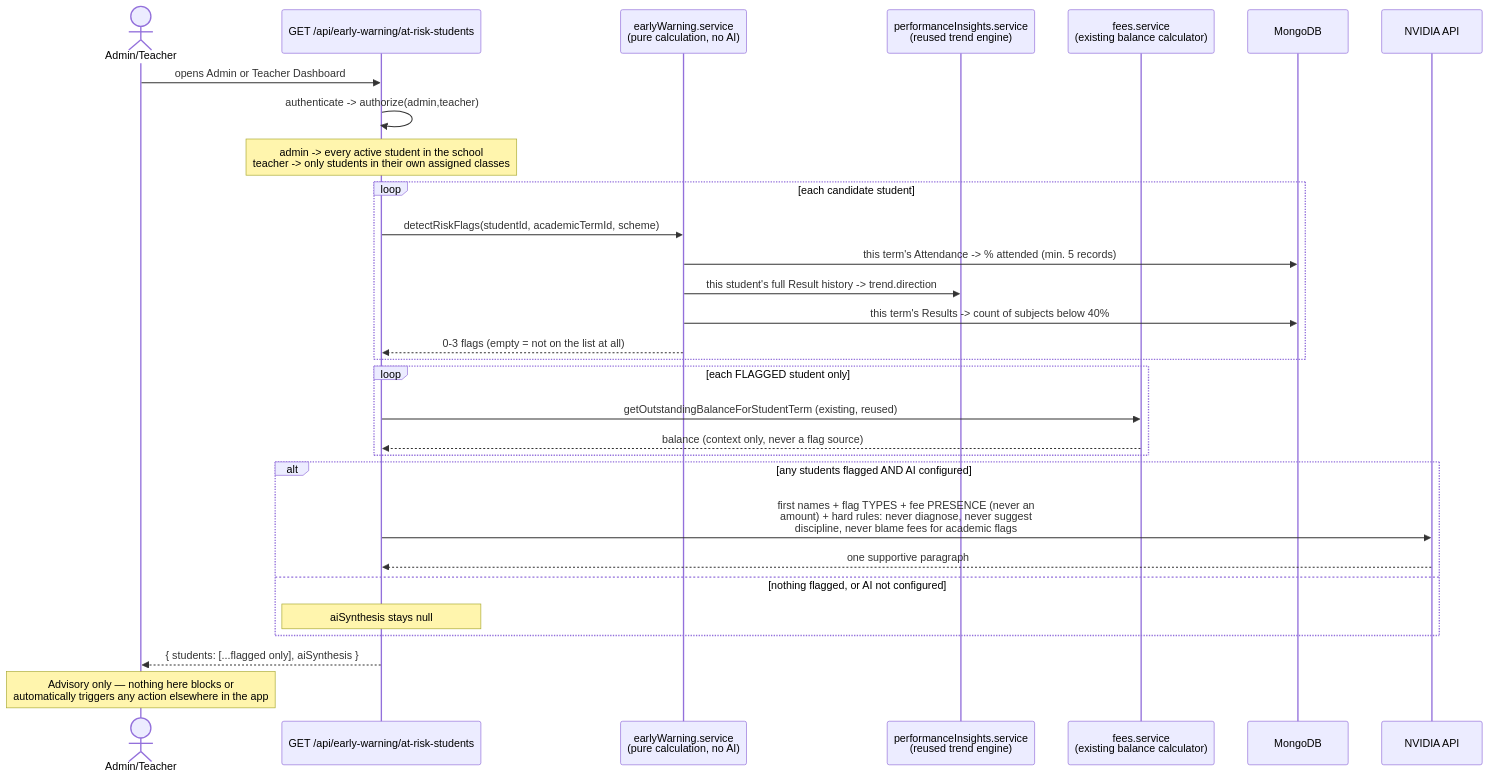
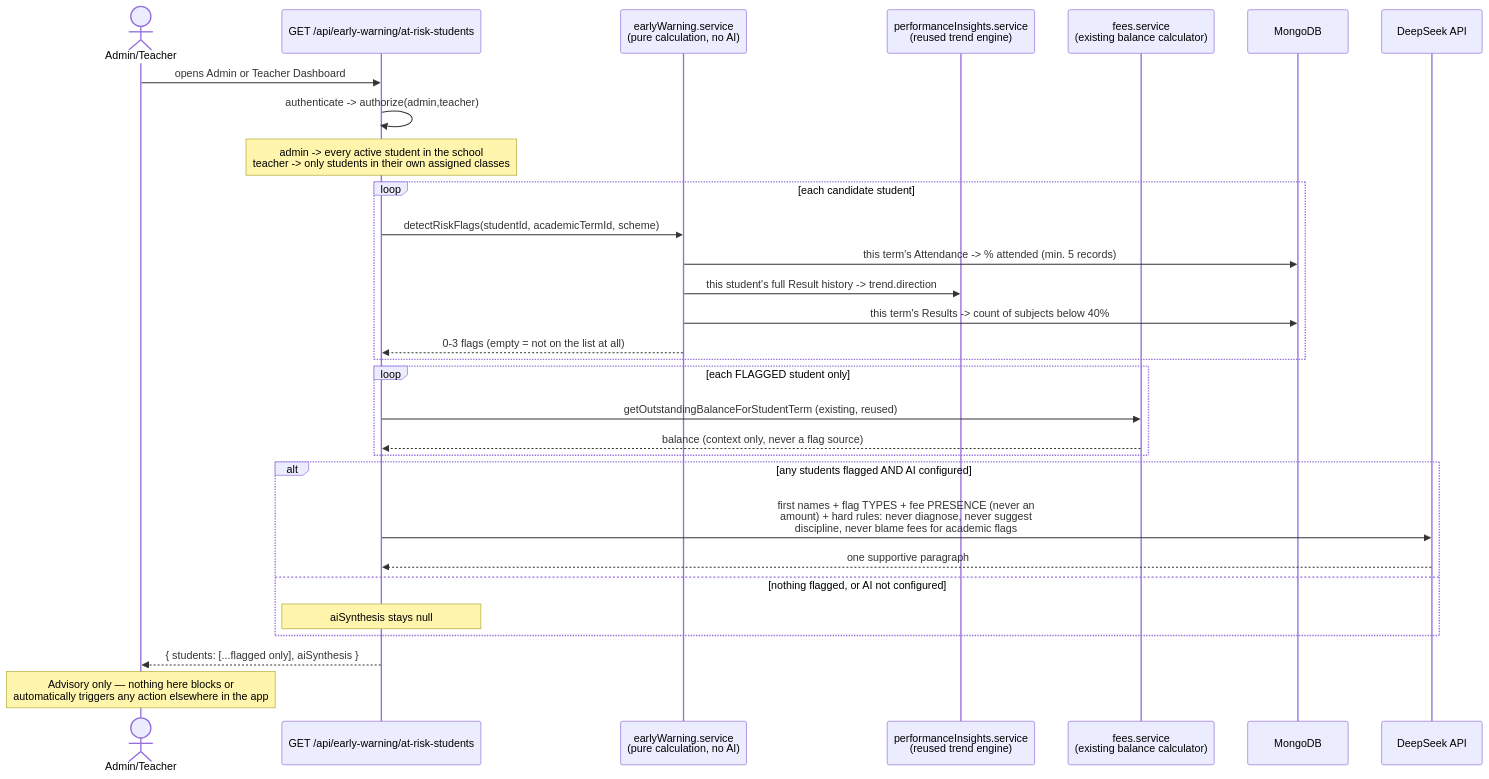
One commit to JuvelynSackey/school-management-system changed diagram 22 of 26 in ARCHITECTURE.md. Above: the diagram before and after it, drawn with Mermaid. The commit also changed other lines of this file and 8 other files, not shown here.

First line of the commit message:
refactor(ai): swap NVIDIA Build for DeepSeek's own API (deepseek-v4-flash)

````diff
--- a/ARCHITECTURE.md
+++ b/ARCHITECTURE.md
@@ -694,33 +694,33 @@
 ```mermaid
 sequenceDiagram
     actor U as Admin/Teacher
     participant API as GET /api/early-warning/at-risk-students
     participant EW as earlyWarning.service<br/>(pure calculation, no AI)
     participant PI as performanceInsights.service<br/>(reused trend engine)
     participant Fees as fees.service<br/>(existing balance calculator)
     participant DB as MongoDB
-    participant AI as NVIDIA API
+    participant AI as DeepSeek API
 
     U->>API: opens Admin or Teacher Dashboard
     API->>API: authenticate -> authorize(admin,teacher)
     Note over API: admin -> every active student in the school<br/>teacher -> only students in their own assigned classes
     loop each candidate student
         API->>EW: detectRiskFlags(studentId, academicTermId, scheme)
         EW->>DB: this term's Attendance -> % attended (min. 5 records)
         EW->>PI: this student's full Result history -> trend.direction
         EW->>DB: this term's Results -> count of subjects below 40%
         EW-->>API: 0-3 flags (empty = not on the list at all)
     end
     loop each FLAGGED student only
         API->>Fees: getOutstandingBalanceForStudentTerm (existing, reused)
         Fees-->>API: balance (context only, never a flag source)
     end
     alt any students flagged AND AI configured
         API->>AI: first names + flag TYPES + fee PRESENCE (never an<br/>amount) + hard rules: never diagnose, never suggest<br/>discipline, never blame fees for academic flags
         AI-->>API: one supportive paragraph
     else nothing flagged, or AI not configured
         Note over API: aiSynthesis stays null
     end
     API-->>U: { students: [...flagged only], aiSynthesis }
     Note over U: Advisory only — nothing here blocks or<br/>automatically triggers any action elsewhere in the app
 ```
````
